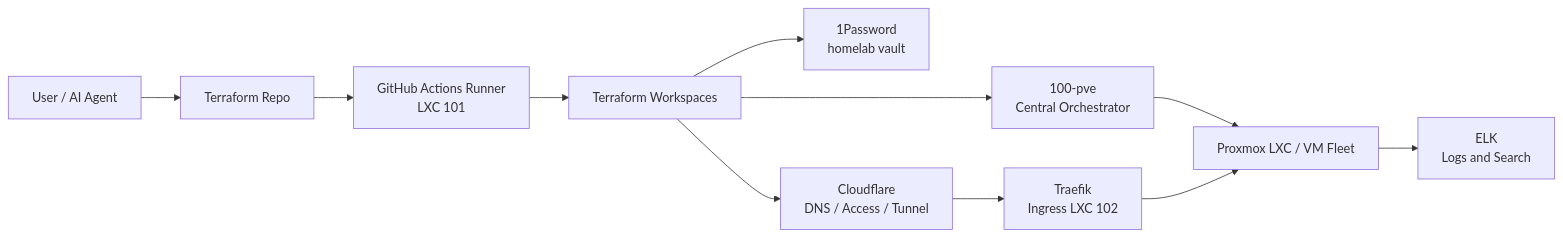
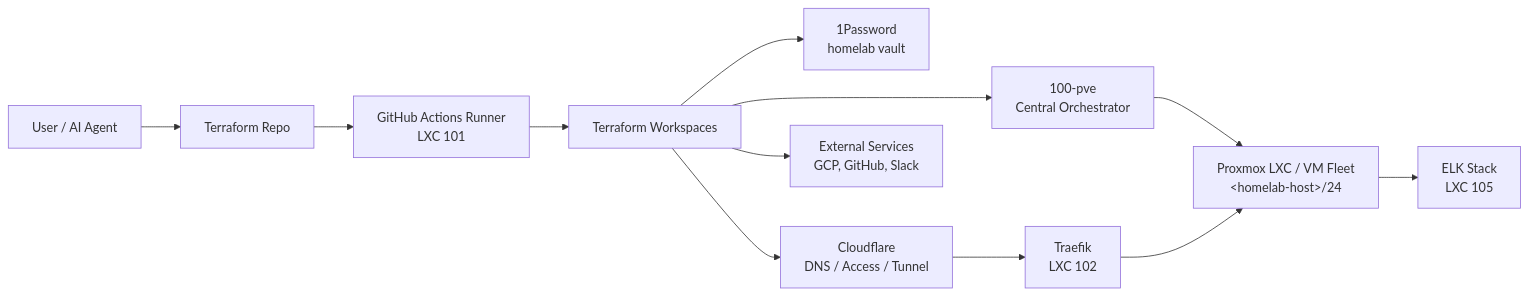
The diagram in README.md (jclee941/terraform), drawn with Mermaid before and after one commit. The commit also changed other lines of this file, not shown here.

````diff
--- a/README.md
+++ b/README.md
@@ -52,24 +60,14 @@
 ```mermaid
 flowchart LR
-    User["User / AI Agent"]
-    Repo["Terraform Repo"]
-    CI["GitHub Actions Runner<br/>LXC 101"]
-    TF["Terraform Workspaces"]
-    PVE["100-pve<br/>Central Orchestrator"]
-    Fleet["Proxmox LXC / VM Fleet"]
-    OP["1Password<br/>homelab vault"]
-    CF["Cloudflare<br/>DNS / Access / Tunnel"]
-    ELK["ELK<br/>Logs and Search"]
-    Traefik["Traefik<br/>Ingress LXC 102"]
-
-    User --> Repo
-    Repo --> CI
-    CI --> TF
-    TF --> PVE
-    PVE --> Fleet
-    TF --> OP
-    TF --> CF
-    Fleet --> ELK
-    CF --> Traefik
+    Agent["User / AI Agent"] --> Repo["Terraform Repo"]
+    Repo --> CI["GitHub Actions Runner<br/>LXC 101"]
+    CI --> TF["Terraform Workspaces"]
+    TF --> PVE["100-pve<br/>Central Orchestrator"]
+    PVE --> Fleet["Proxmox LXC / VM Fleet<br/>&lt;homelab-host&gt;/24"]
+    TF --> OP["1Password<br/>homelab vault"]
+    TF --> CF["Cloudflare<br/>DNS / Access / Tunnel"]
+    Fleet --> ELK["ELK Stack<br/>LXC 105"]
+    CF --> Traefik["Traefik<br/>LXC 102"]
     Traefik --> Fleet
+    TF --> Ext["External Services<br/>GCP, GitHub, Slack"]
 ```
````
